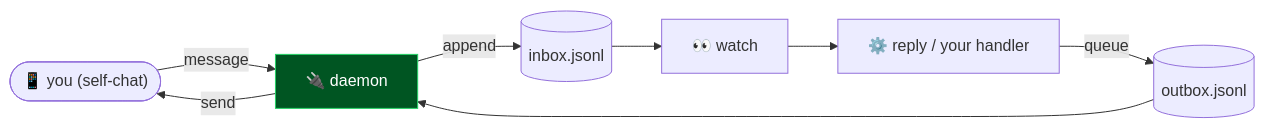
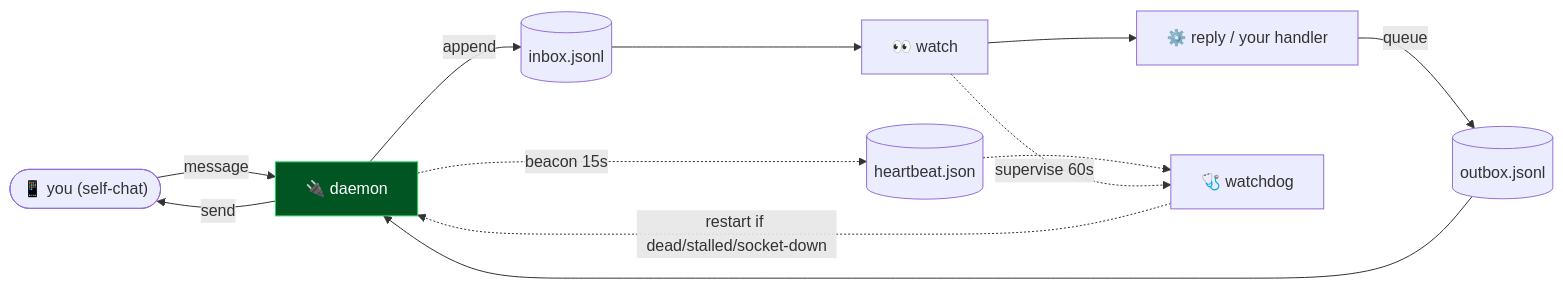
One commit to Wassimyounes01/whatsapp-command-channel changed the diagram in README.md. Above: the diagram before and after it, drawn with Mermaid. The commit also changed other lines of this file and 5 other files, not shown here.

Commit message:
feat: 24/7 self-healing watchdog + daemon heartbeat

````diff
--- a/README.md
+++ b/README.md
@@ -46,12 +47,16 @@
 ```mermaid
 flowchart LR
     YOU(["📱 you (self-chat)"]) -->|message| D["🔌 daemon"]
     D -->|append| IN[("inbox.jsonl")]
     IN --> W["👀 watch"]
     W --> R["⚙️ reply / your handler"]
     R -->|queue| OUT[("outbox.jsonl")]
     OUT --> D
     D -->|send| YOU
+    D -.->|beacon 15s| HB[("heartbeat.json")]
+    HB -.-> WD["🩺 watchdog"]
+    W -.->|supervise 60s| WD
+    WD -.->|restart if dead/stalled/socket-down| D
     classDef acc fill:#052,stroke:#25D366,color:#fff;
     class D acc;
 ```
````
